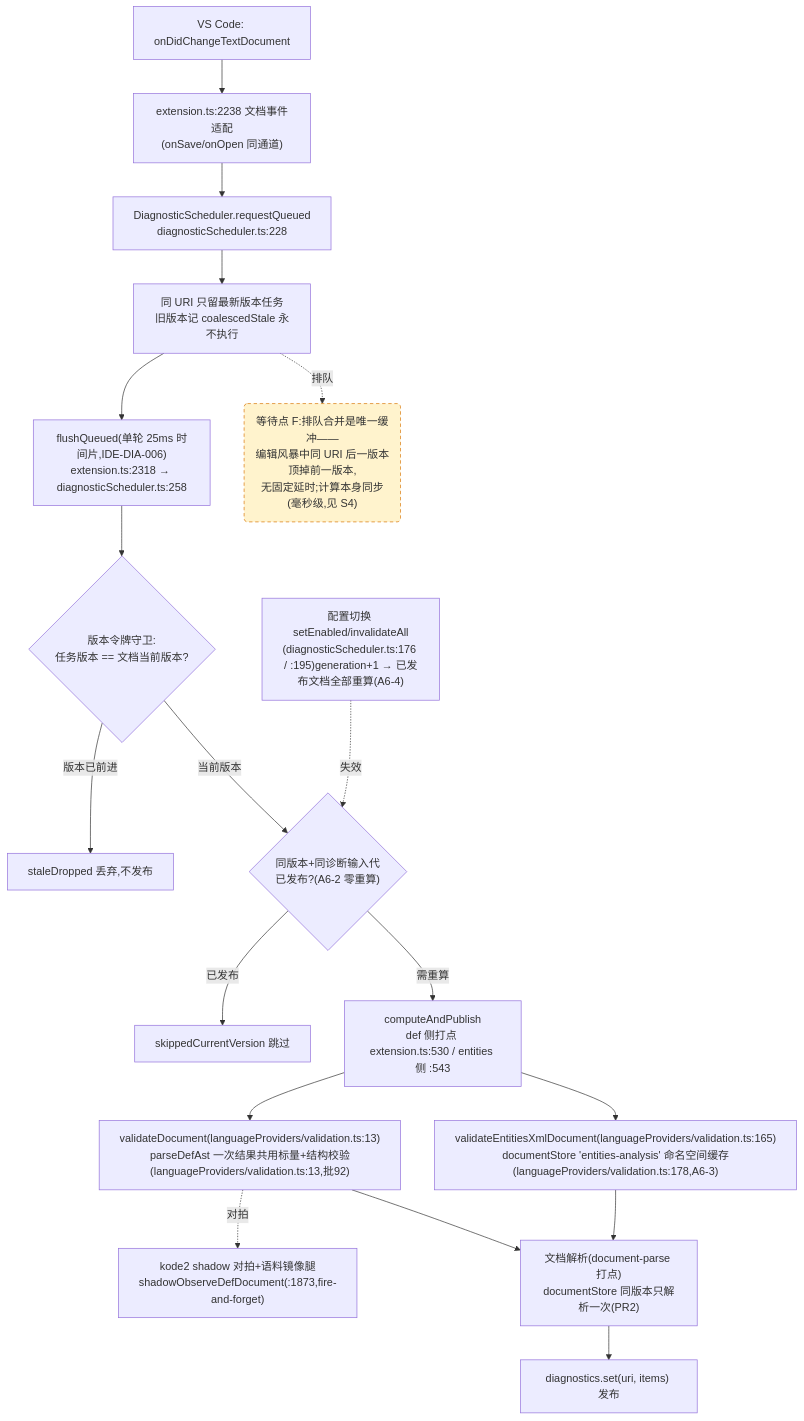
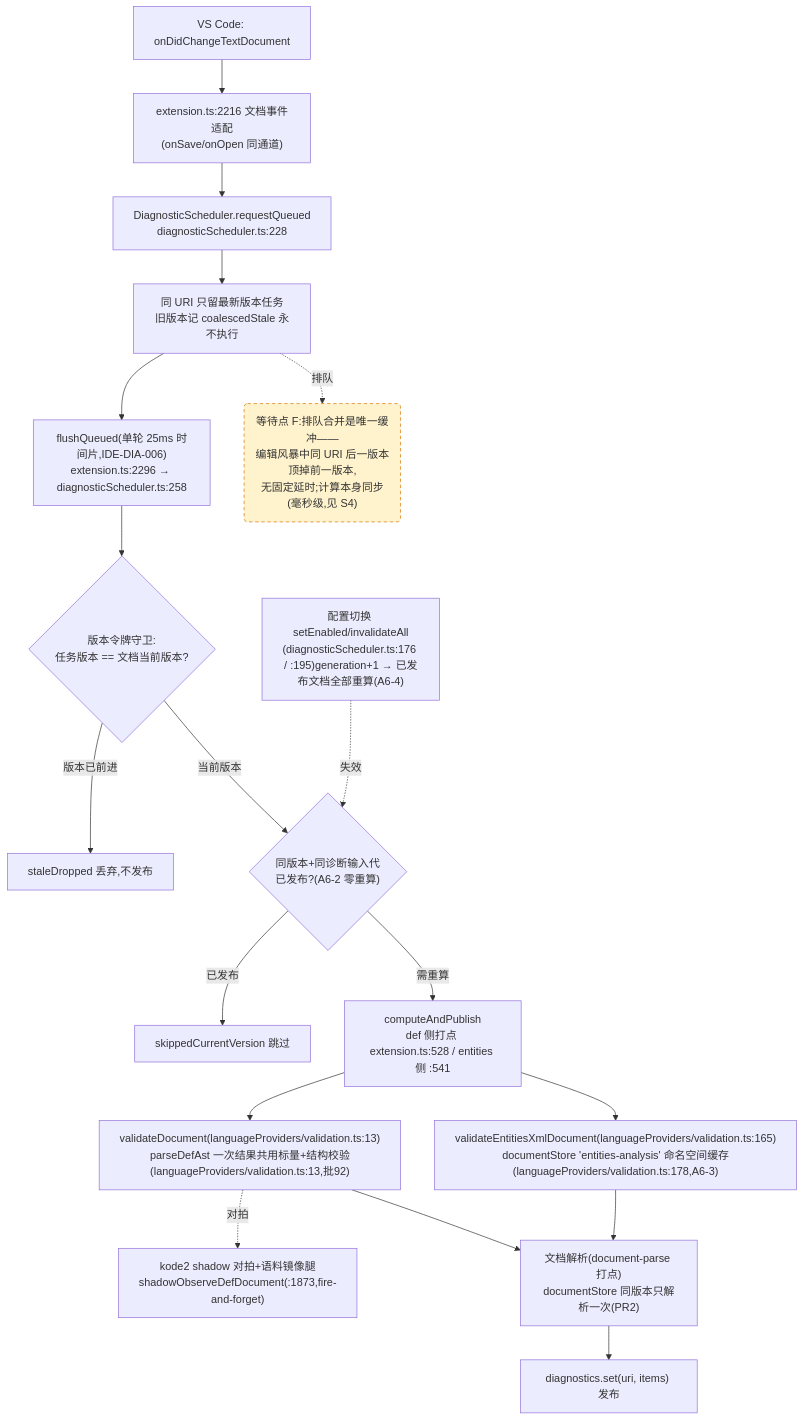
The fourth of 4 diagrams in docs/perf/2026-baseline.md (cuihairu/kode), drawn with Mermaid before and after one commit. The commit also changed other lines of this file and 3 other files, not shown here.

````diff
--- a/docs/perf/2026-baseline.md
+++ b/docs/perf/2026-baseline.md
@@ -214,38 +214,38 @@
 ```mermaid
 flowchart TD
   CHG["VS Code: onDidChangeTextDocument"]
-  WATCH["extension.ts:2238 文档事件适配<br/>(onSave/onOpen 同通道)"]
+  WATCH["extension.ts:2216 文档事件适配<br/>(onSave/onOpen 同通道)"]
   RQ["DiagnosticScheduler.requestQueued<br/>diagnosticScheduler.ts:228"]
   CO["同 URI 只留最新版本任务<br/>旧版本记 coalescedStale 永不执行"]
-  FL["flushQueued(单轮 25ms 时间片,IDE-DIA-006)<br/>extension.ts:2318 → diagnosticScheduler.ts:258"]
+  FL["flushQueued(单轮 25ms 时间片,IDE-DIA-006)<br/>extension.ts:2296 → diagnosticScheduler.ts:258"]
   VG{"版本令牌守卫:<br/>任务版本 == 文档当前版本?"}
   DROP["staleDropped 丢弃,不发布"]
   GEN{"同版本+同诊断输入代<br/>已发布?(A6-2 零重算)"}
   SKIP["skippedCurrentVersion 跳过"]
-  CALC["computeAndPublish<br/>def 侧打点 extension.ts:530 / entities 侧 :543"]
+  CALC["computeAndPublish<br/>def 侧打点 extension.ts:528 / entities 侧 :541"]
   VD["validateDocument(languageProviders/validation.ts:13)<br/>parseDefAst 一次结果共用标量+结构校验(languageProviders/validation.ts:13,批92)"]
   VEX["validateEntitiesXmlDocument(languageProviders/validation.ts:165)<br/>documentStore 'entities-analysis' 命名空间缓存(languageProviders/validation.ts:178,A6-3)"]
   SHDD["kode2 shadow 对拍+语料镜像腿<br/>shadowObserveDefDocument(:1873,fire-and-forget)"]
   DS["文档解析(document-parse 打点)<br/>documentStore 同版本只解析一次(PR2)"]
   PUB["diagnostics.set(uri, items) 发布"]
   CFG2["配置切换 setEnabled/invalidateAll<br/>(diagnosticScheduler.ts:176 / :195)generation+1 → 已发布文档全部重算(A6-4)"]
 
   CHG --> WATCH --> RQ --> CO --> FL --> VG
   VG -- "版本已前进" --> DROP
   VG -- "当前版本" --> GEN
   GEN -- "已发布" --> SKIP
   GEN -- "需重算" --> CALC
   CALC --> VD
   CALC --> VEX
   VD --> DS
   VEX --> DS
   DS --> PUB
   VD -.->|对拍| SHDD
   CFG2 -.->|失效| GEN
 
   WAITF("等待点 F:排队合并是唯一缓冲——<br/>编辑风暴中同 URI 后一版本顶掉前一版本,<br/>无固定延时;计算本身同步(毫秒级,见 S4)")
   CO -.->|排队| WAITF
 
   classDef waitPoint fill:#fff3cd,stroke:#d97706,stroke-dasharray:5 4;
   class WAITF waitPoint;
 ```
````
